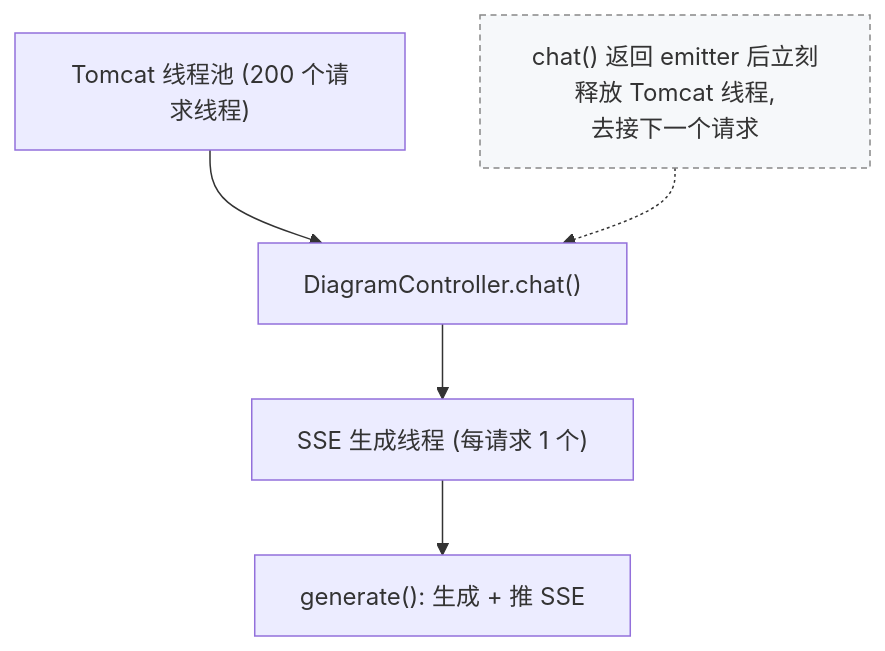
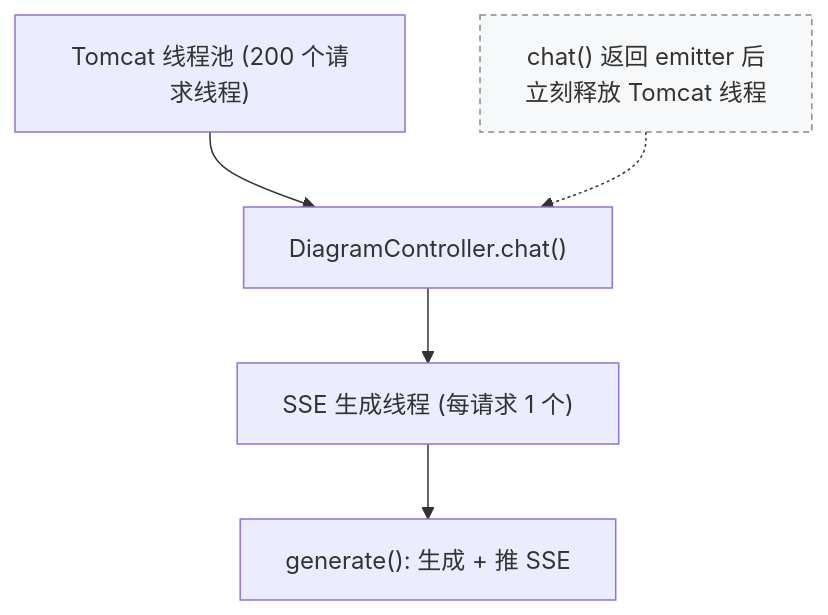
One commit to Nihao7-L/flowchart-ai changed the ninth of 13 diagrams in workbuddyFlow/docs/FlowAI架构与交互机制.md. Above: the diagram before and after it, drawn with Mermaid. The commit also changed other lines of this file, not shown here.

First line of the commit message:
docs: 修复架构文档 mermaid 图文字被裁——节点只留短名，细节下沉正文

````diff
--- a/workbuddyFlow/docs/FlowAI架构与交互机制.md
+++ b/workbuddyFlow/docs/FlowAI架构与交互机制.md
@@ -288,11 +295,11 @@
 ```mermaid
 flowchart TB
   TP["Tomcat 线程池 (200 个请求线程)"]
   CH["DiagramController.chat()"]
   ST["SSE 生成线程 (每请求 1 个)"]
   GEN["generate(): 生成 + 推 SSE"]
   TP --> CH --> ST --> GEN
-  N["chat() 返回 emitter 后立刻释放 Tomcat 线程,<br/>去接下一个请求"]
+  N["chat() 返回 emitter 后<br/>立刻释放 Tomcat 线程"]
   N -.-> CH
   style N fill:#f6f8fa,stroke:#888,stroke-dasharray:4 3
 ```
````
